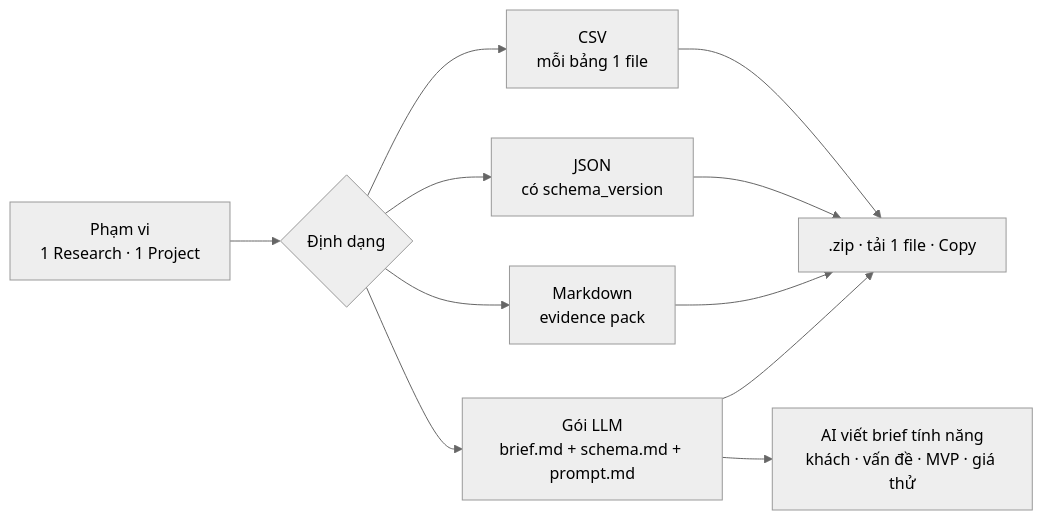
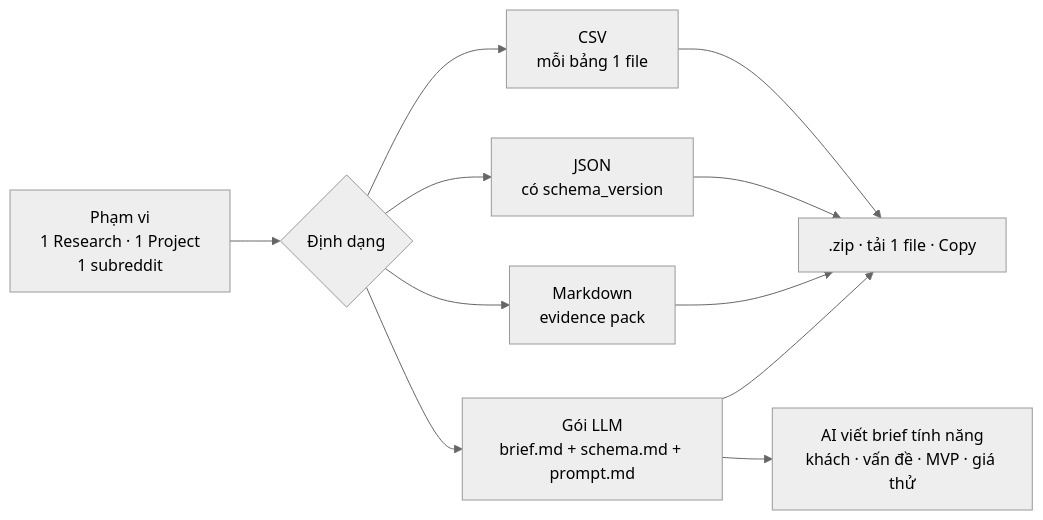
One commit to nvminhtu/niche-radar-docs changed the diagram in docs/web/phase-16-export.md. Above: the diagram before and after it, drawn with Mermaid (neutral theme). The commit also changed other lines of this file and 157 other files, not shown here.

````diff
--- a/docs/web/phase-16-export.md
+++ b/docs/web/phase-16-export.md
@@ -20,10 +20,10 @@
 ```mermaid
 flowchart LR
-  S[Phạm vi<br/>1 Research · 1 Project] --> F{Định dạng}
+  S[Phạm vi<br/>1 Research · 1 Project<br/>1 subreddit] --> F{Định dạng}
   F --> C[CSV<br/>mỗi bảng 1 file]
   F --> J[JSON<br/>có schema_version]
   F --> M[Markdown<br/>evidence pack]
   F --> L[Gói LLM<br/>brief.md + schema.md + prompt.md]
   L --> B[AI viết brief tính năng<br/>khách · vấn đề · MVP · giá thử]
   C & J & M & L --> Z[.zip · tải 1 file · Copy]
 ```
````
